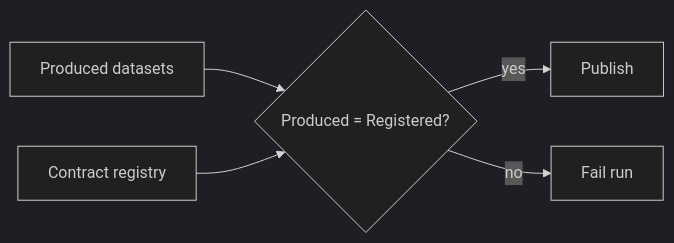
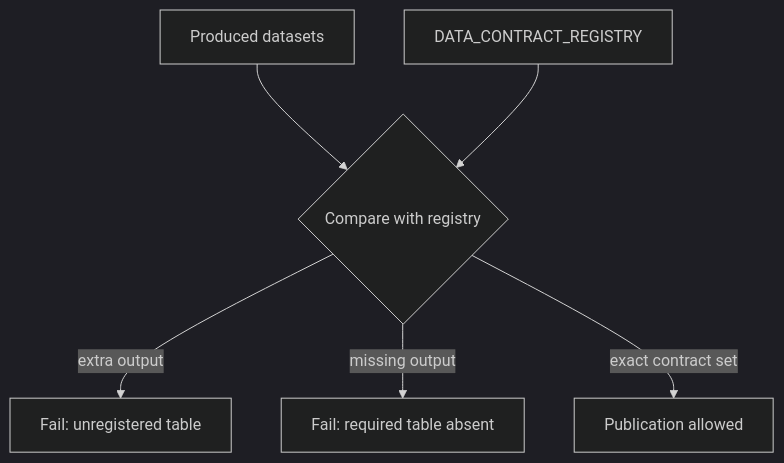
Before and after one commit to tks18/personal-finance-etl: the tenth of 11 diagrams in docs/architecture/data-lifecycle.md, drawn with Mermaid (dark theme). The commit also changed other lines of this file and 10 other files, not shown here.

Commit message:
docs: update docs/architecture for latest version

````diff
--- a/docs/architecture/data-lifecycle.md
+++ b/docs/architecture/data-lifecycle.md
@@ -430,7 +521,8 @@
 ```mermaid
-flowchart LR
-    DFS[Produced datasets] --> CHECK{Produced = Registered?}
-    REG[Contract registry] --> CHECK
-    CHECK -->|yes| PUB[Publish]
-    CHECK -->|no| FAIL[Fail run]
+flowchart TD
+    DFS[Produced datasets] --> CMP{Compare with registry}
+    REG[DATA_CONTRACT_REGISTRY] --> CMP
+    CMP -->|extra output| X[Fail: unregistered table]
+    CMP -->|missing output| M[Fail: required table absent]
+    CMP -->|exact contract set| PUB[Publication allowed]
 ```
````
